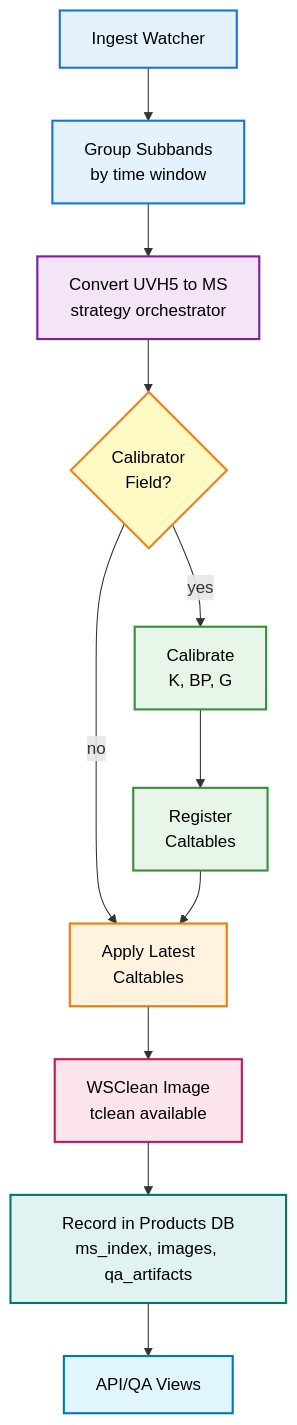
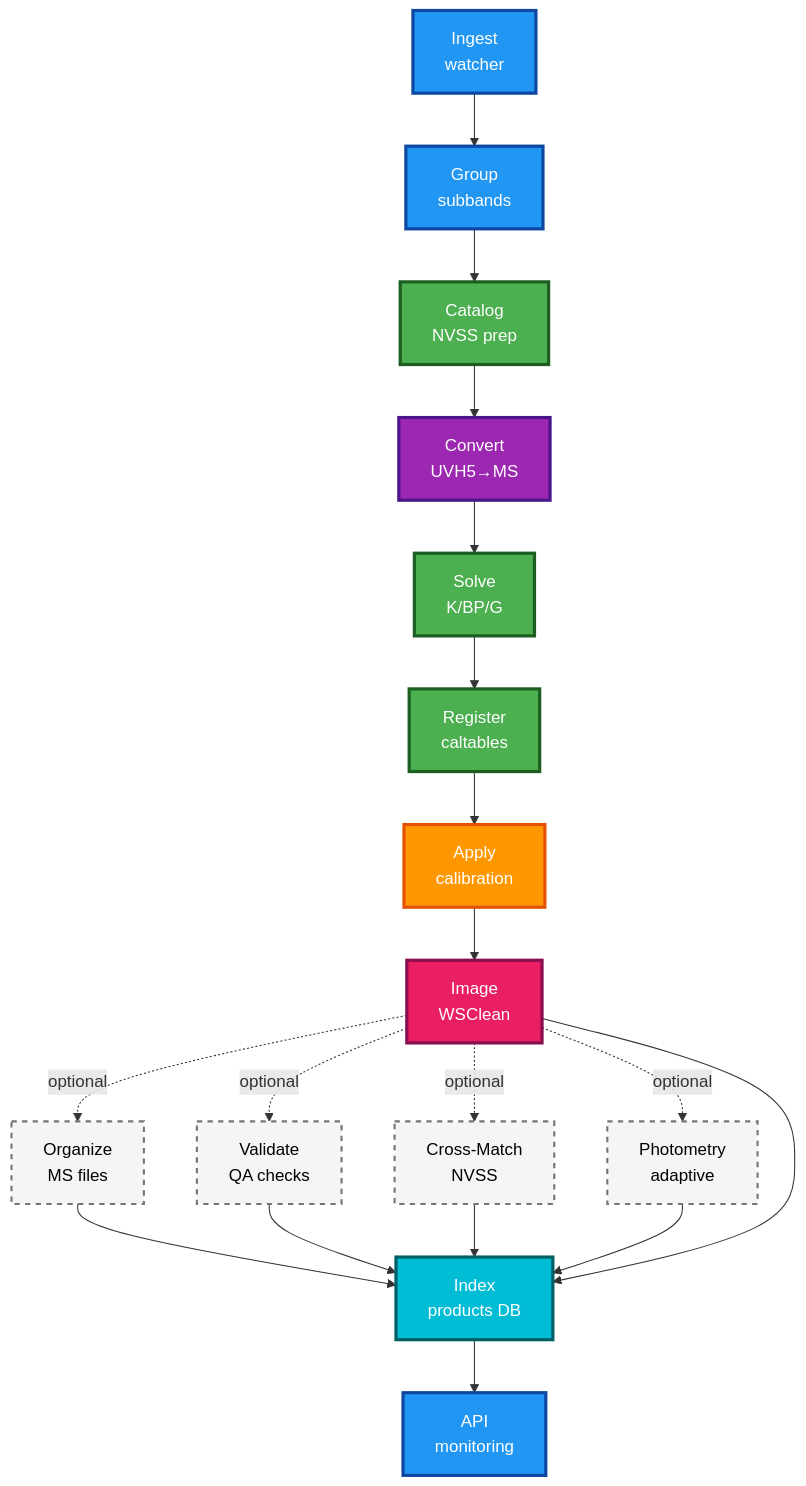
Before and after one commit to dsa110/dsa110-contimg: the first of 4 diagrams in docs/concepts/pipeline_overview.md, drawn with Mermaid. The commit also changed other lines of this file and 326 other files, not shown here.

````diff
--- a/docs/concepts/pipeline_overview.md
+++ b/docs/concepts/pipeline_overview.md
@@ -9,24 +9,38 @@
 ```mermaid
 flowchart TB
-  Ingest["Ingest Watcher"] --> Group["Group Subbands<br/>by time window"]
-  Group --> Convert["Convert UVH5 to MS<br/>strategy orchestrator"]
-  Convert --> CalSel{"Calibrator<br/>Field?"}
-  CalSel -->|yes| Cal["Calibrate<br/>K, BP, G"]
-  CalSel -->|no| Apply["Apply Latest<br/>Caltables"]
-  Cal --> Reg["Register<br/>Caltables"]
-  Reg --> Apply
-  Apply --> Image["WSClean Image<br/>tclean available"]
-  Image --> Index["Record in Products DB<br/>ms_index, images, qa_artifacts"]
-  Index --> API["API/QA Views"]
+  Ingest["Ingest<br/>watcher"] --> Group["Group<br/>subbands"]
+  Group --> Catalog["Catalog<br/>NVSS prep"]
+  Catalog --> Convert["Convert<br/>UVH5→MS"]
+  Convert --> CalSolve["Solve<br/>K/BP/G"]
+  CalSolve --> Reg["Register<br/>caltables"]
+  Reg --> Apply["Apply<br/>calibration"]
+  Apply --> Image["Image<br/>WSClean"]
+  Image -.->|optional| Organize["Organize<br/>MS files"]
+  Image -.->|optional| Validate["Validate<br/>QA checks"]
+  Image -.->|optional| CrossMatch["Cross-Match<br/>NVSS"]
+  Image -.->|optional| Photometry["Photometry<br/>adaptive"]
+  Organize --> Index
+  Validate --> Index
+  CrossMatch --> Index
+  Photometry --> Index
+  Image --> Index
+  Index["Index<br/>products DB"] --> API["API<br/>monitoring"]
   
-  style Ingest fill:#E3F2FD,stroke:#1976D2,stroke-width:2px,color:#000
-  style Group fill:#E3F2FD,stroke:#1976D2,stroke-width:2px,color:#000
-  style Convert fill:#F3E5F5,stroke:#7B1FA2,stroke-width:2px,color:#000
-  style CalSel fill:#FFF9C4,stroke:#F57F17,stroke-width:2px,color:#000
-  style Cal fill:#E8F5E9,stroke:#388E3C,stroke-width:2px,color:#000
-  style Reg fill:#E8F5E9,stroke:#388E3C,stroke-width:2px,color:#000
-  style Apply fill:#FFF3E0,stroke:#F57C00,stroke-width:2px,color:#000
-  style Image fill:#FCE4EC,stroke:#C2185B,stroke-width:2px,color:#000
-  style Index fill:#E0F2F1,stroke:#00796B,stroke-width:2px,color:#000
-  style API fill:#E1F5FE,stroke:#0277BD,stroke-width:2px,color:#000
+  %% Core path - vibrant colors, thick strokes, white text
+  style Ingest fill:#2196F3,stroke:#0D47A1,stroke-width:3px,color:#FFF
+  style Group fill:#2196F3,stroke:#0D47A1,stroke-width:3px,color:#FFF
+  style Catalog fill:#4CAF50,stroke:#1B5E20,stroke-width:3px,color:#FFF
+  style Convert fill:#9C27B0,stroke:#4A148C,stroke-width:3px,color:#FFF
+  style CalSolve fill:#4CAF50,stroke:#1B5E20,stroke-width:3px,color:#FFF
+  style Reg fill:#4CAF50,stroke:#1B5E20,stroke-width:3px,color:#FFF
+  style Apply fill:#FF9800,stroke:#E65100,stroke-width:3px,color:#FFF
+  style Image fill:#E91E63,stroke:#880E4F,stroke-width:3px,color:#FFF
+  style Index fill:#00BCD4,stroke:#006064,stroke-width:3px,color:#FFF
+  style API fill:#2196F3,stroke:#0D47A1,stroke-width:3px,color:#FFF
+  
+  %% Optional path - lighter colors, dashed borders
+  style Organize fill:#F5F5F5,stroke:#757575,stroke-width:2px,stroke-dasharray: 5 5,color:#000
+  style Validate fill:#F5F5F5,stroke:#757575,stroke-width:2px,stroke-dasharray: 5 5,color:#000
+  style CrossMatch fill:#F5F5F5,stroke:#757575,stroke-width:2px,stroke-dasharray: 5 5,color:#000
+  style Photometry fill:#F5F5F5,stroke:#757575,stroke-width:2px,stroke-dasharray: 5 5,color:#000
 ```
````
